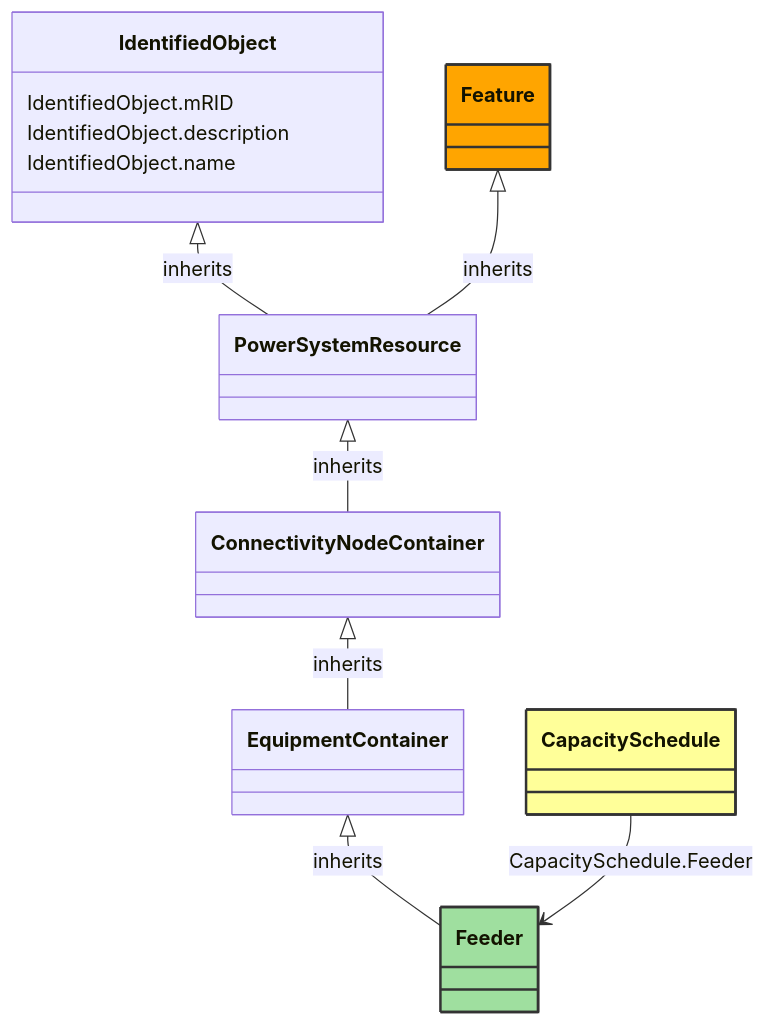
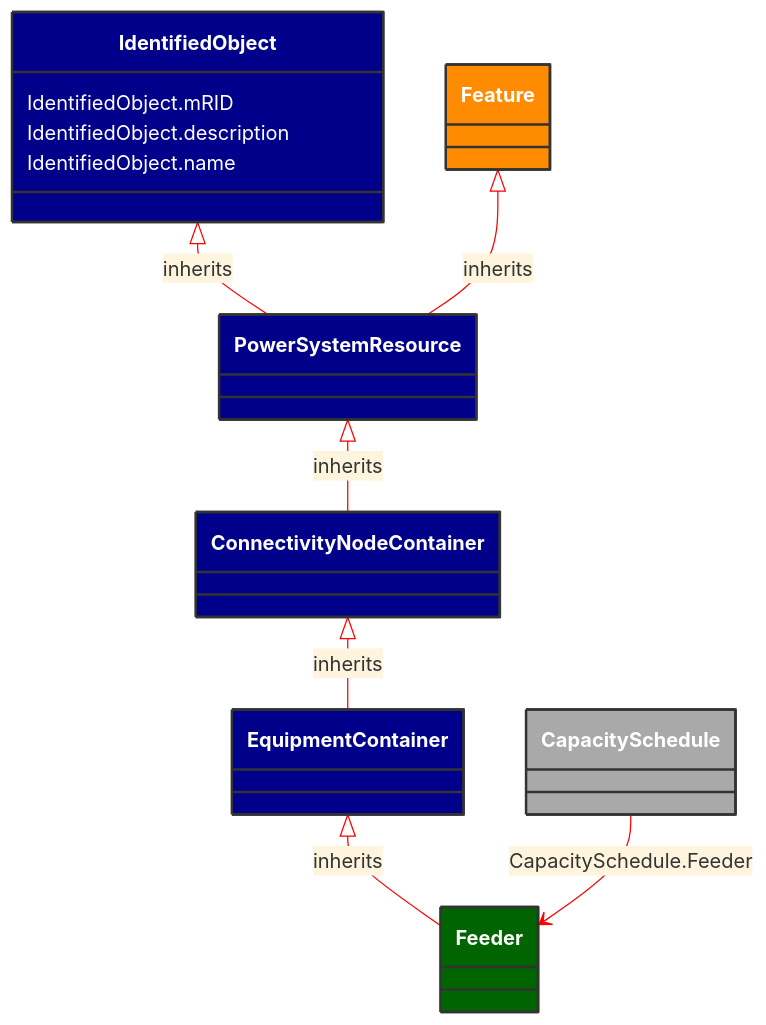
One commit to 3lbits/NoCIMExtensions changed the diagram in docs/Models/Profiles/WattApp/ConcreteClasses/Feeder.md. Above: the diagram before and after it, drawn with Mermaid. The commit also changed 16 other files, not shown here.

Commit message:
Fixed mermaid colors and footer issue

````diff
--- a/docs/Models/Profiles/WattApp/ConcreteClasses/Feeder.md
+++ b/docs/Models/Profiles/WattApp/ConcreteClasses/Feeder.md
@@ -8,42 +8,43 @@
 ```mermaid
+%%{init: {'theme':'base','themeVariables': {'lineColor': '#FF0000'}}}%%
 classDiagram
     class Feeder
     click Feeder href "/Models/Profiles/WattApp/ConcreteClasses/Feeder/"
-    style Feeder fill:#9fdf9f,stroke:#333,stroke-width:2px,rx:10,ry:10
+    style Feeder fill:#006400,stroke:#333,stroke-width:2px,rx:10,ry:10,color:white
 
         EquipmentContainer <|-- Feeder : inherits
             click EquipmentContainer href "/Models/Profiles/WattApp/AbstractClasses/EquipmentContainer/"
-            style EquipmentContainer rx:10,ry:10
+            style EquipmentContainer fill:#00008B,stroke:#333,stroke-width:2px,rx:10,ry:10,color:white
 
         Feeder
             click Feeder href "/Models/Profiles/WattApp/ConcreteClasses/Feeder/"
-            style Feeder rx:10,ry:10
+            style EquipmentContainer fill:#00008B,stroke:#333,stroke-width:2px,rx:10,ry:10,color:white
 
         ConnectivityNodeContainer <|-- EquipmentContainer : inherits
             click ConnectivityNodeContainer href "/Models/Profiles/WattApp/AbstractClasses/ConnectivityNodeContainer/"
-            style ConnectivityNodeContainer rx:10,ry:10
+            style ConnectivityNodeContainer fill:#00008B,stroke:#333,stroke-width:2px,rx:10,ry:10,color:white
 
         PowerSystemResource <|-- ConnectivityNodeContainer : inherits
             click PowerSystemResource href "/Models/Profiles/WattApp/AbstractClasses/PowerSystemResource/"
-            style PowerSystemResource rx:10,ry:10
+            style PowerSystemResource fill:#00008B,stroke:#333,stroke-width:2px,rx:10,ry:10,color:white
 
         IdentifiedObject <|-- PowerSystemResource : inherits
             click IdentifiedObject href "/Models/Profiles/WattApp/AbstractClasses/IdentifiedObject/"
-            style IdentifiedObject rx:10,ry:10
+            style IdentifiedObject fill:#00008B,stroke:#333,stroke-width:2px,rx:10,ry:10,color:white
 
         Feature <|-- PowerSystemResource : inherits
             click Feature href "/Models/Profiles/WattApp/ConcreteClasses/Feature/"
-            style Feature fill:#FFA500,stroke:#333,stroke-width:2px,rx:10,ry:10
+            style Feature fill:#FF8C00,stroke:#333,stroke-width:2px,rx:10,ry:10,color:white
 
 
         CapacitySchedule --> Feeder : CapacitySchedule.Feeder
 
         CapacitySchedule
             click CapacitySchedule href "/Models/Profiles/WattApp/ConcreteClasses/CapacitySchedule/"
-            style CapacitySchedule fill:#ffff99,stroke:#333,stroke-width:2px,rx:10,ry:10
+            style CapacitySchedule fill:#A9A9A9,stroke:#333,stroke-width:2px,rx:10,ry:10,color:white
 
 
         IdentifiedObject : IdentifiedObject.mRID
         IdentifiedObject : IdentifiedObject.description
         IdentifiedObject : IdentifiedObject.name
 ```
````
